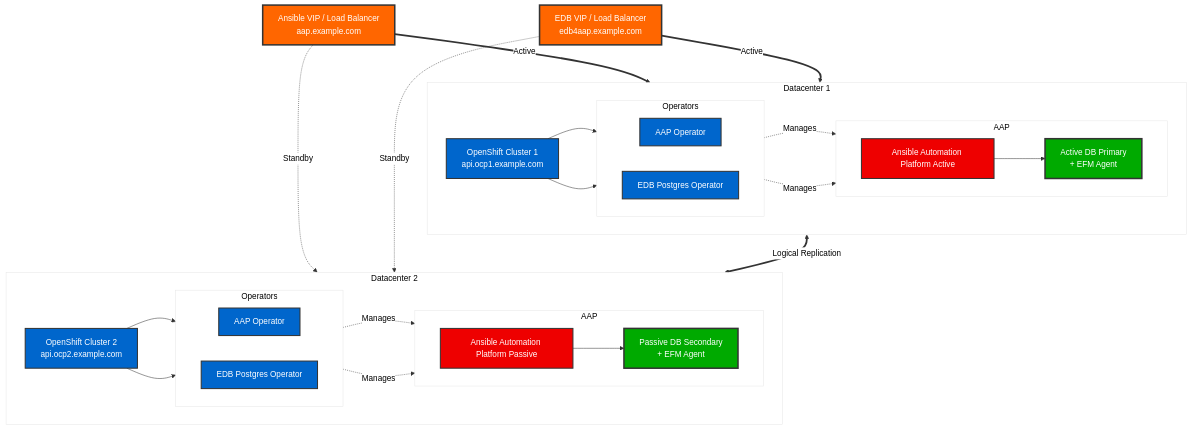
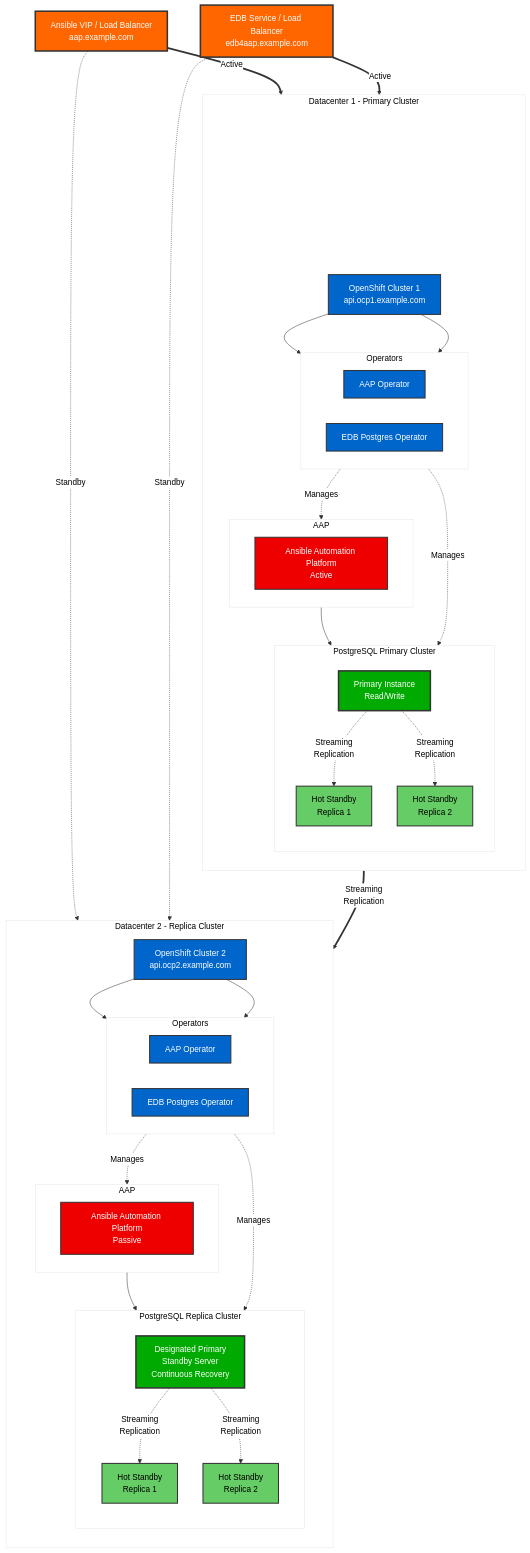
Before and after one commit to Red-Hat-EnterpriseDB-Testing/EDB_Testing: the diagram in ARCHITECTURE.md, drawn with Mermaid. The commit also changed 1 other file, not shown here.

Commit message:
Update architecture documentation with EDB CloudNativePG distributed topology
- Enhanced mermaid diagram in ARCHITECTURE.md with standby nodes and replica clusters
- Added designated primary with hot standby replicas in DC2 (replica cluster)
- Added primary instance with hot standby replicas in DC1 (primary cluster)
- Implemented streaming replication between primary and designated primary
- Improved diagram layout with centered VIPs and aligned datacenters
- Moved complete architecture documentation from ARCHITECTURE.md to README.md
- Aligned with EDB Postgres for Kubernetes multi-cluster deployment architecture

````diff
--- a/ARCHITECTURE.md
+++ b/ARCHITECTURE.md
@@ -10,15 +10,10 @@
 %%{init: {'theme':'base', 'themeVariables': {'primaryColor':'#fff','primaryTextColor':'#000','primaryBorderColor':'#333','lineColor':'#333','secondaryColor':'#fff','tertiaryColor':'#fff','background':'#fff','mainBkg':'#fff','secondBkg':'#fff','tertiaryBkg':'#fff'}}}%%
 graph TB
     Users["Ansible VIP / Load Balancer<br/>aap.example.com"]
-    VIP1["EDB VIP / Load Balancer<br/>edb4aap.example.com"]
-    
-    Users ==Active==> AAP1
-    Users -.Standby.-> AAP2
-    VIP1 ==Active==> PG_PROD1
-    VIP1 -.Standby.-> PG_PROD2
+    VIP1["EDB Service / Load Balancer<br/>edb4aap.example.com"]
 
-    subgraph DC2["Datacenter 2"]
-        direction LR
+    subgraph DC2["Datacenter 2 - Replica Cluster"]
+        direction TB
         OCP2["OpenShift Cluster 2<br/>api.ocp2.example.com"]
         
         subgraph OPS2["Operators"]
@@ -29,20 +24,35 @@
         
         subgraph APPS2["AAP"]
             direction LR
-            AAP2["Ansible Automation Platform Passive"]
-            PG_PROD2["Passive DB Secondary<br/>+ EFM Agent"]
-            AAP2 --> PG_PROD2
+            AAP2["Ansible Automation Platform<br/>Passive"]
+        end
+        
+        subgraph REPLICA_CLUSTER["PostgreSQL Replica Cluster"]
+            direction TB
+            PG_DESIGNATED["Designated Primary<br/>Standby Server<br/>Continuous Recovery"]
+            PG_STANDBY3["Hot Standby<br/>Replica 1"]
+            PG_STANDBY4["Hot Standby<br/>Replica 2"]
+            
+            PG_DESIGNATED -.Streaming<br/>Replication.-> PG_STANDBY3
+            PG_DESIGNATED -.Streaming<br/>Replication.-> PG_STANDBY4
         end
         
         OCP2 --> AAP_OP2
         OCP2 --> EDB_OP2
         AAP_OP2 -.Manages.-> AAP2
-        EDB_OP2 -.Manages.-> PG_PROD2
+        EDB_OP2 -.Manages.-> REPLICA_CLUSTER
+        AAP2 --> PG_DESIGNATED
     end
 
-    subgraph DC1["Datacenter 1"]
-        direction LR
+    subgraph DC1["Datacenter 1 - Primary Cluster"]
+        direction TB
+        DC1_SPACE1[" "]
+        DC1_SPACE2[" "]
+        DC1_SPACE3[" "]
         OCP1["OpenShift Cluster 1<br/>api.ocp1.example.com"]
+        DC1_SPACE1 ~~~ DC1_SPACE2
+        DC1_SPACE2 ~~~ DC1_SPACE3
+        DC1_SPACE3 ~~~ OCP1
         
         subgraph OPS1["Operators"]
             direction LR
@@ -52,28 +62,46 @@
         
         subgraph APPS1["AAP"]
             direction LR
-            AAP1["Ansible Automation Platform Active"]
-            PG_PROD1["Active DB Primary<br/>+ EFM Agent"]
-            AAP1 --> PG_PROD1
+            AAP1["Ansible Automation Platform<br/>Active"]
+        end
+        
+        subgraph PRIMARY_CLUSTER["PostgreSQL Primary Cluster"]
+            direction TB
+            PG_PRIMARY["Primary Instance<br/>Read/Write"]
+            PG_STANDBY1["Hot Standby<br/>Replica 1"]
+            PG_STANDBY2["Hot Standby<br/>Replica 2"]
+            
+            PG_PRIMARY -.Streaming<br/>Replication.-> PG_STANDBY1
+            PG_PRIMARY -.Streaming<br/>Replication.-> PG_STANDBY2
         end
         
         OCP1 --> AAP_OP1
         OCP1 --> EDB_OP1
         AAP_OP1 -.Manages.-> AAP1
-        EDB_OP1 -.Manages.-> PG_PROD1
+        EDB_OP1 -.Manages.-> PRIMARY_CLUSTER
+        AAP1 --> PG_PRIMARY
     end
     
+    PG_PRIMARY ==Streaming<br/>Replication==> PG_DESIGNATED
     
-    PG_PROD1 <==Logical Replication==> PG_PROD2
+    Users ==Active==> AAP1
+    Users -.Standby.-> AAP2
+    VIP1 ==Active==> PG_PRIMARY
+    VIP1 -.Standby.-> PG_DESIGNATED
     
     classDef aapStyle fill:#ee0000,stroke:#333,stroke-width:2px,color:#fff
     classDef ocpStyle fill:#0066cc,stroke:#333,stroke-width:2px,color:#fff
     classDef dbPrimaryStyle fill:#00aa00,stroke:#333,stroke-width:3px,color:#fff
+    classDef dbDesignatedStyle fill:#00aa00,stroke:#333,stroke-width:3px,color:#fff
     classDef dbStandbyStyle fill:#66cc66,stroke:#333,stroke-width:2px,color:#000
     classDef vipStyle fill:#ff6600,stroke:#333,stroke-width:3px,color:#fff
+    classDef invisibleStyle fill:none,stroke:none,color:transparent
     
     class AAP1,AAP2 aapStyle
     class OCP1,OCP2,EDB_OP1,EDB_OP2,AAP_OP1,AAP_OP2 ocpStyle
-    class PG_PROD1,PG_PROD2 dbPrimaryStyle
+    class PG_PRIMARY dbPrimaryStyle
+    class PG_DESIGNATED dbDesignatedStyle
+    class PG_STANDBY1,PG_STANDBY2,PG_STANDBY3,PG_STANDBY4 dbStandbyStyle
     class VIP1,Users vipStyle
+    class DC1_SPACE1,DC1_SPACE2,DC1_SPACE3 invisibleStyle
 ```
````
